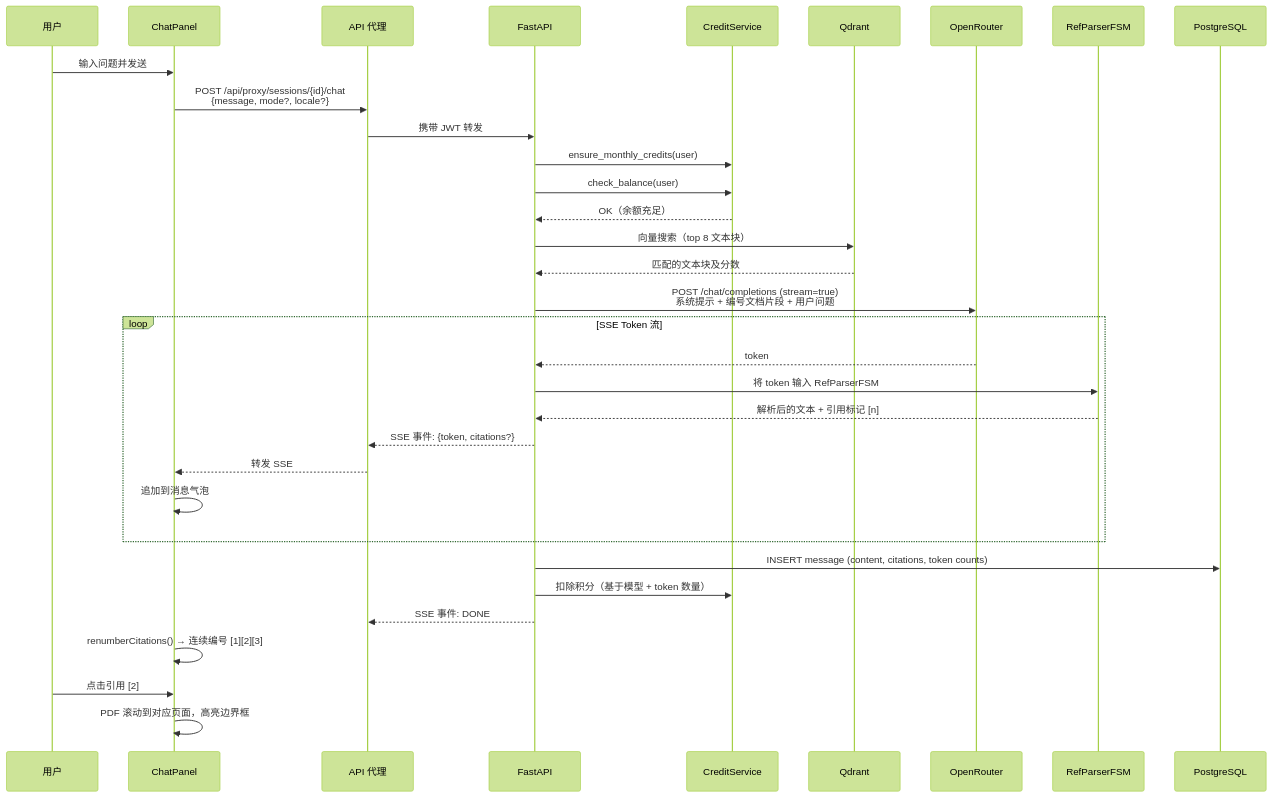
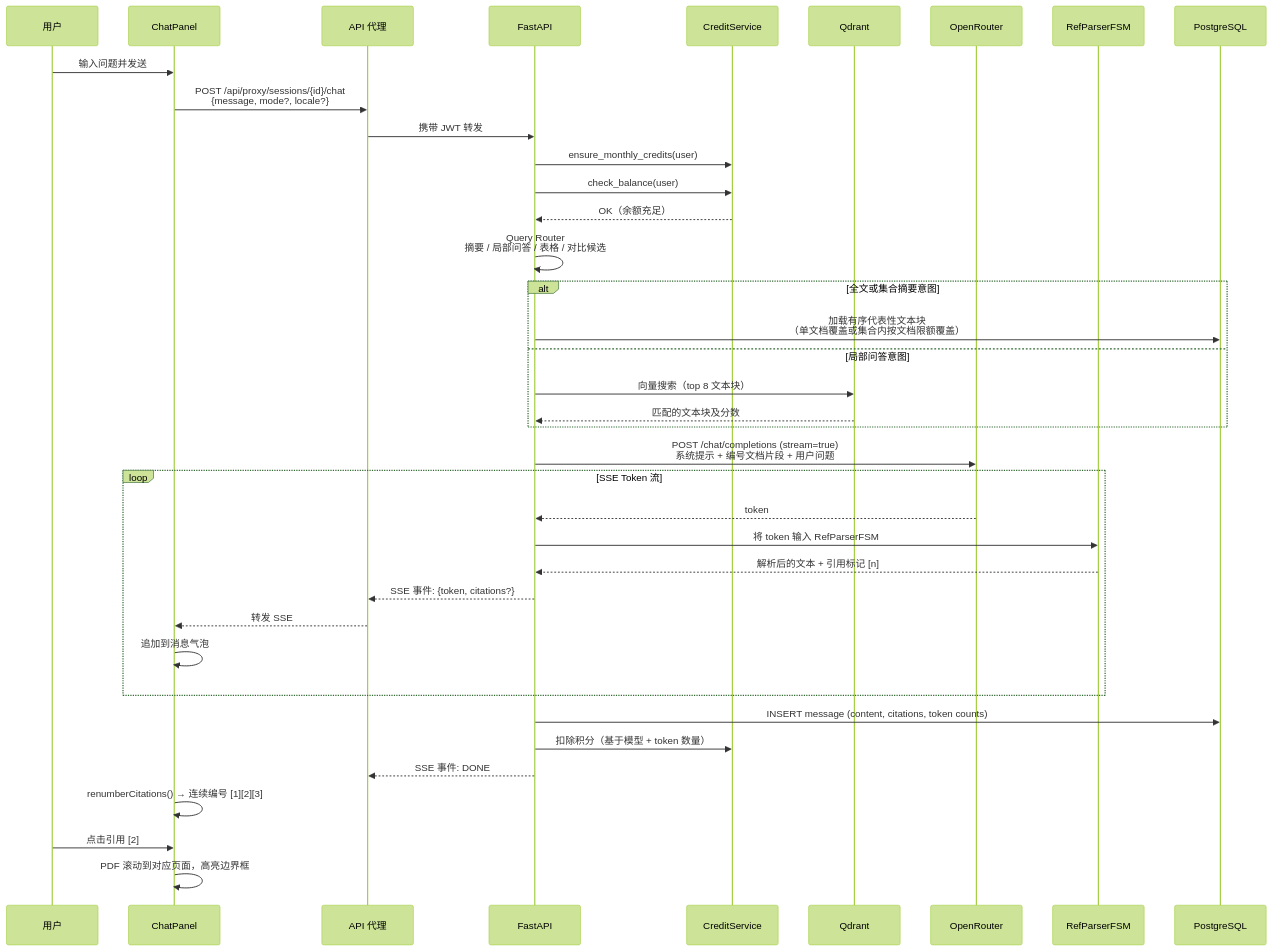
The third of 9 diagrams in docs/ARCHITECTURE.zh.md (Rswcf/DocTalk), drawn with Mermaid (forest theme) before and after one commit. The commit also changed other lines of this file and 17 other files, not shown here.

````diff
--- a/docs/ARCHITECTURE.zh.md
+++ b/docs/ARCHITECTURE.zh.md
@@ -152,41 +152,46 @@
 ```mermaid
 sequenceDiagram
     participant U as 用户
     participant CP as ChatPanel
     participant P as API 代理
     participant API as FastAPI
     participant CS as CreditService
     participant Q as Qdrant
     participant OR as OpenRouter
     participant FSM as RefParserFSM
     participant DB as PostgreSQL
 
     U->>CP: 输入问题并发送
     CP->>P: POST /api/proxy/sessions/{id}/chat<br/>{message, mode?, locale?}
     P->>API: 携带 JWT 转发
 
     API->>CS: ensure_monthly_credits(user)
     API->>CS: check_balance(user)
     CS-->>API: OK（余额充足）
 
-    API->>Q: 向量搜索（top 8 文本块）
-    Q-->>API: 匹配的文本块及分数
+    API->>API: Query Router<br/>摘要 / 局部问答 / 表格 / 对比候选
+    alt 全文或集合摘要意图
+        API->>DB: 加载有序代表性文本块<br/>（单文档覆盖或集合内按文档限额覆盖）
+    else 局部问答意图
+        API->>Q: 向量搜索（top 8 文本块）
+        Q-->>API: 匹配的文本块及分数
+    end
 
     API->>OR: POST /chat/completions (stream=true)<br/>系统提示 + 编号文档片段 + 用户问题
 
     loop SSE Token 流
         OR-->>API: token
         API->>FSM: 将 token 输入 RefParserFSM
         FSM-->>API: 解析后的文本 + 引用标记 [n]
         API-->>P: SSE 事件: {token, citations?}
         P-->>CP: 转发 SSE
         CP->>CP: 追加到消息气泡
     end
 
     API->>DB: INSERT message (content, citations, token counts)
     API->>CS: 扣除积分（基于模型 + token 数量）
     API-->>P: SSE 事件: DONE
     CP->>CP: renumberCitations() → 连续编号 [1][2][3]
     U->>CP: 点击引用 [2]
     CP->>CP: PDF 滚动到对应页面，高亮边界框
 ```
````
